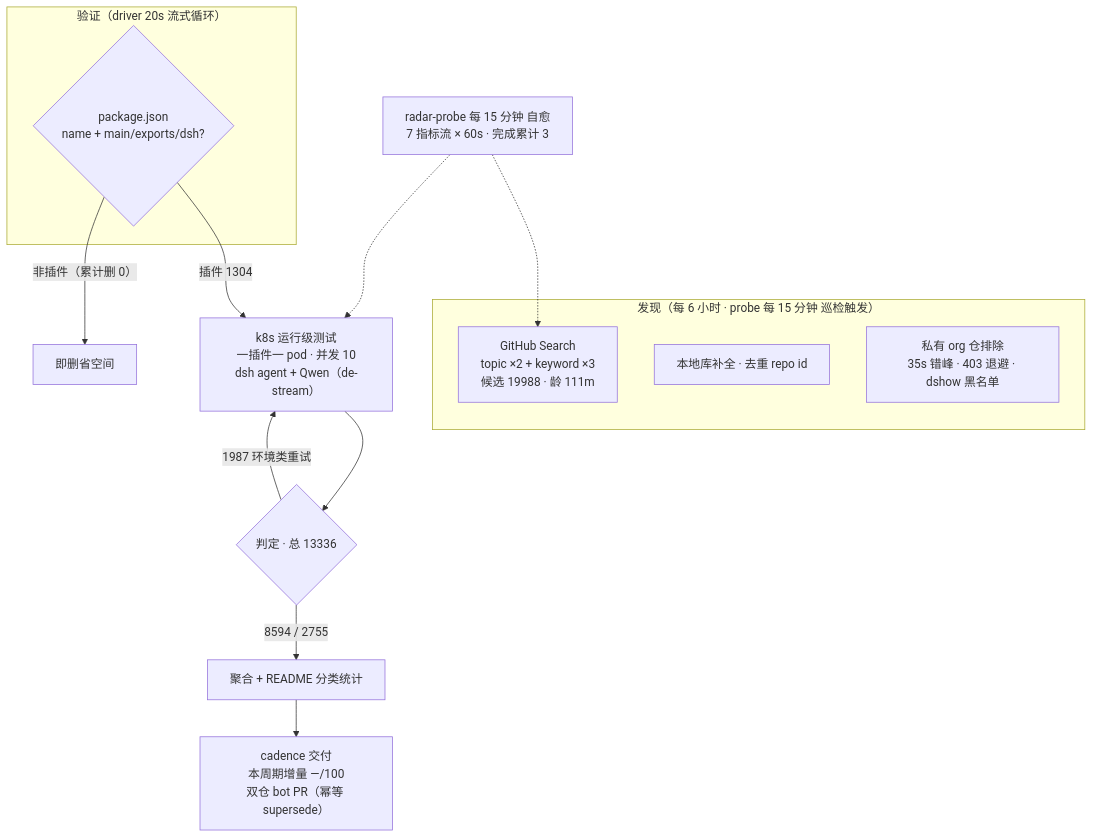
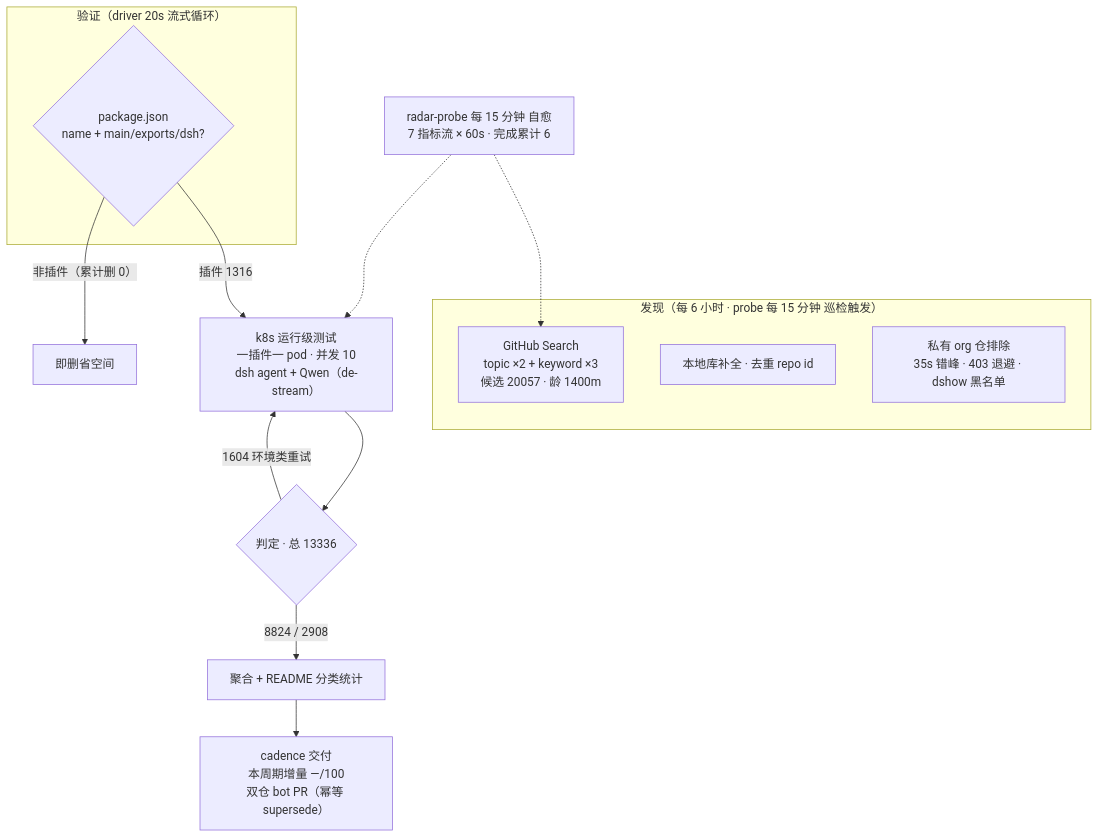
The diagram in README.md (AdamPlatin123/dsh-plugin-radar), drawn with Mermaid before and after one commit. The commit also changed other lines of this file and 18 other files, not shown here.

````diff
--- a/README.md
+++ b/README.md
@@ -52,20 +52,20 @@
 ```mermaid
 flowchart TB
     subgraph Discovery["发现（每 6 小时 · probe 每 15 分钟 巡检触发）"]
-        A1["GitHub Search<br/>topic ×2 + keyword ×3<br/>候选 19988 · 龄 111m"]
+        A1["GitHub Search<br/>topic ×2 + keyword ×3<br/>候选 20057 · 龄 1400m"]
         A2["本地库补全 · 去重 repo id"]
         A3["私有 org 仓排除<br/>35s 错峰 · 403 退避 · dshow 黑名单"]
     end
     subgraph Validation["验证（driver 20s 流式循环）"]
         B1{"package.json<br/>name + main/exports/dsh?"}
     end
-    B1 -->|"插件 1304"| C1["k8s 运行级测试<br/>一插件一 pod · 并发 10<br/>dsh agent + Qwen（de-stream）"]
+    B1 -->|"插件 1316"| C1["k8s 运行级测试<br/>一插件一 pod · 并发 10<br/>dsh agent + Qwen（de-stream）"]
     B1 -->|"非插件（累计删 0）"| B3["即删省空间"]
     C1 --> D1{"判定 · 总 13336"}
-    D1 -->|"8594 / 2755"| E1["聚合 + README 分类统计"]
-    D1 -->|"1987 环境类重试"| C1
+    D1 -->|"8824 / 2908"| E1["聚合 + README 分类统计"]
+    D1 -->|"1604 环境类重试"| C1
     E1 --> E2["cadence 交付<br/>本周期增量 —/100<br/>双仓 bot PR（幂等 supersede）"]
-    M["radar-probe 每 15 分钟 自愈<br/>7 指标流 × 60s · 完成累计 3"]
+    M["radar-probe 每 15 分钟 自愈<br/>7 指标流 × 60s · 完成累计 6"]
     M -.-> A1
     M -.-> C1
 ```
````
